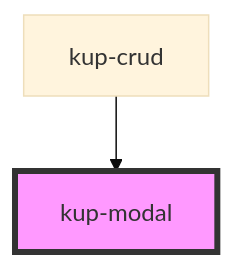
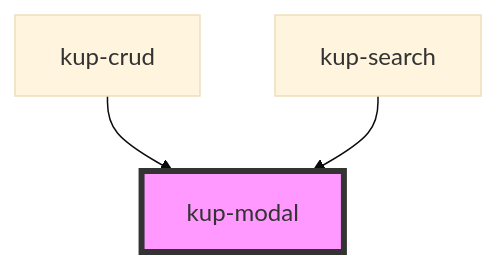
One commit to smeup/ketchup changed the diagram in packages/ketchup/src/components/kup-modal/readme.md. Above: the diagram before and after it, drawn with Mermaid (base theme). The commit also changed other lines of this file and 28 other files, not shown here.

Commit message:
kup-form: search

````diff
--- a/packages/ketchup/src/components/kup-modal/readme.md
+++ b/packages/ketchup/src/components/kup-modal/readme.md
@@ -30,5 +31,6 @@
 ```mermaid
 graph TD;
   kup-crud --> kup-modal
+  kup-search --> kup-modal
   style kup-modal fill:#f9f,stroke:#333,stroke-width:4px
 ```
````
